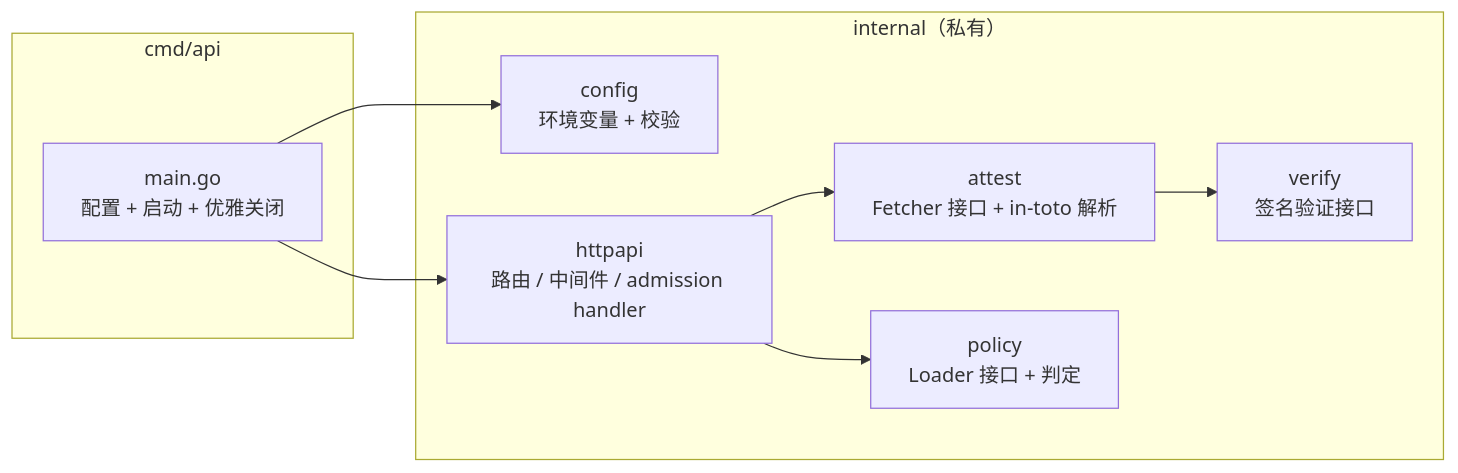
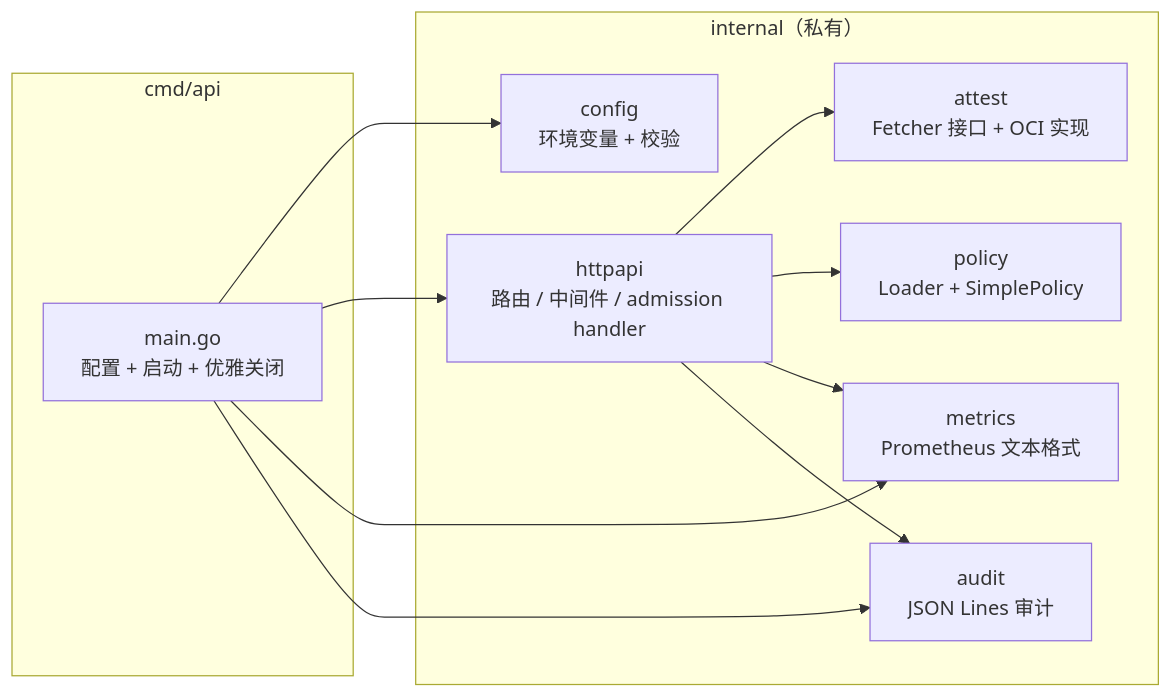
One commit to wyh-code26/attest changed the second of 2 diagrams in README.md. Above: the diagram before and after it, drawn with Mermaid. The commit also changed other lines of this file, not shown here.

````diff
--- a/README.md
+++ b/README.md
@@ -72,18 +74,22 @@
 ```mermaid
 flowchart LR
     subgraph CMD["cmd/api"]
         MAIN["main.go<br/>配置 + 启动 + 优雅关闭"]
     end
     subgraph INTERNAL["internal（私有）"]
         CFG["config<br/>环境变量 + 校验"]
         HTTPAPI["httpapi<br/>路由 / 中间件 / admission handler"]
-        ATTEST["attest<br/>Fetcher 接口 + in-toto 解析"]
-        VERIFY["verify<br/>签名验证接口"]
-        POLICY["policy<br/>Loader 接口 + 判定"]
+        ATTEST["attest<br/>Fetcher 接口 + OCI 实现"]
+        POLICY["policy<br/>Loader + SimplePolicy"]
+        METRICS["metrics<br/>Prometheus 文本格式"]
+        AUDIT["audit<br/>JSON Lines 审计"]
     end
     MAIN --> CFG
     MAIN --> HTTPAPI
+    MAIN --> METRICS
+    MAIN --> AUDIT
     HTTPAPI --> ATTEST
     HTTPAPI --> POLICY
-    ATTEST --> VERIFY
+    HTTPAPI --> METRICS
+    HTTPAPI --> AUDIT
 ```
````
